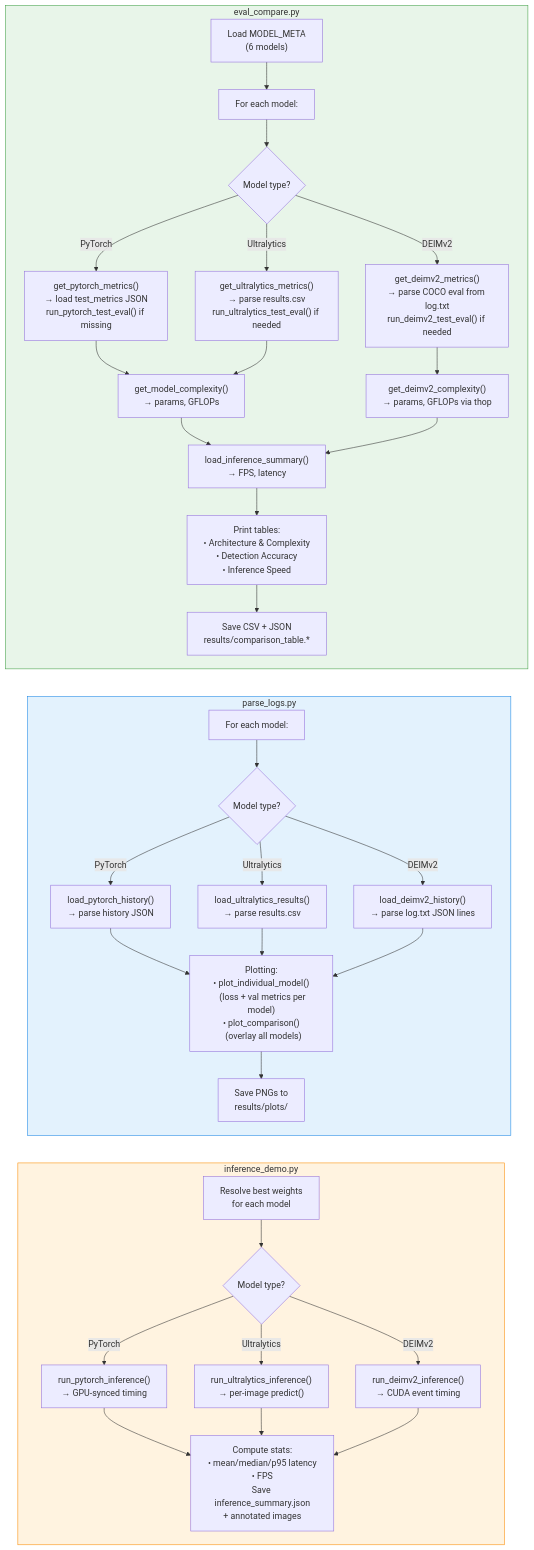
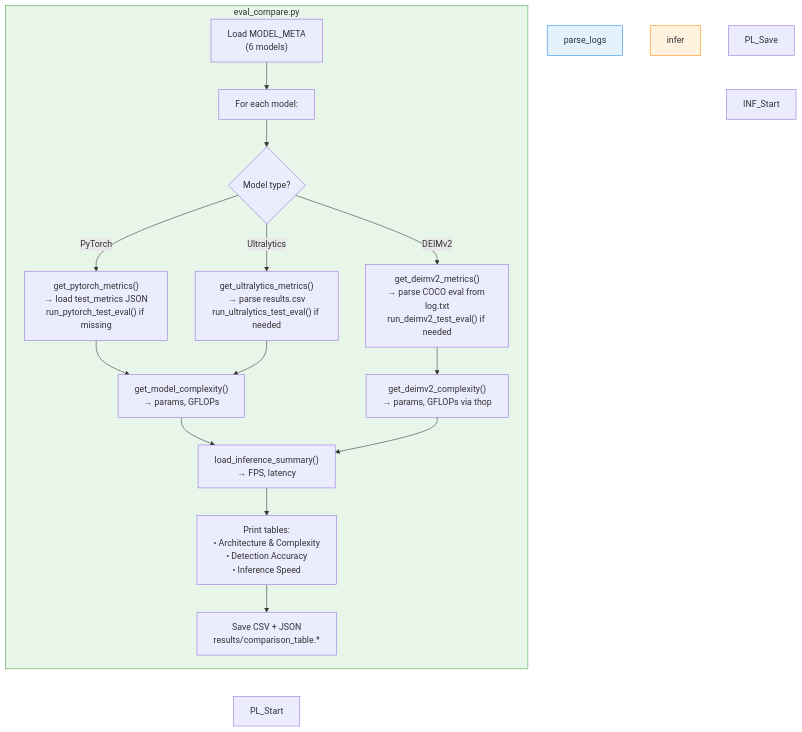
The third of 3 diagrams in README.md (ryanlai666/PCB-Defect-CV-Benchmark), drawn with Mermaid before and after one commit. The commit also changed 1 other file, not shown here.

Commit message:
upate README and REPORT

````diff
--- a/README.md
+++ b/README.md
@@ -211,48 +211,25 @@
 ```mermaid
 flowchart TD
     subgraph eval_compare ["eval_compare.py"]
         EC_Start["Load MODEL_META<br/>(6 models)"] --> EC_Loop["For each model:"]
         EC_Loop --> EC_Metrics{"Model type?"}
         EC_Metrics -->|PyTorch| EC_PT["get_pytorch_metrics()<br/>→ load test_metrics JSON<br/>run_pytorch_test_eval() if missing"]
         EC_Metrics -->|Ultralytics| EC_UL["get_ultralytics_metrics()<br/>→ parse results.csv<br/>run_ultralytics_test_eval() if needed"]
         EC_Metrics -->|DEIMv2| EC_DM["get_deimv2_metrics()<br/>→ parse COCO eval from log.txt<br/>run_deimv2_test_eval() if needed"]
         EC_PT --> EC_Complexity["get_model_complexity()<br/>→ params, GFLOPs"]
         EC_UL --> EC_Complexity
         EC_DM --> EC_ComplexDEIM["get_deimv2_complexity()<br/>→ params, GFLOPs via thop"]
         EC_Complexity --> EC_Speed["load_inference_summary()<br/>→ FPS, latency"]
         EC_ComplexDEIM --> EC_Speed
         EC_Speed --> EC_Tables["Print tables:<br/>• Architecture & Complexity<br/>• Detection Accuracy<br/>• Inference Speed"]
         EC_Tables --> EC_Save["Save CSV + JSON<br/>results/comparison_table.*"]
     end
 
-    subgraph parse_logs ["parse_logs.py"]
-        PL_Start["For each model:"] --> PL_Load{"Model type?"}
-        PL_Load -->|PyTorch| PL_PT["load_pytorch_history()<br/>→ parse history JSON"]
-        PL_Load -->|Ultralytics| PL_UL["load_ultralytics_results()<br/>→ parse results.csv"]
-        PL_Load -->|DEIMv2| PL_DM["load_deimv2_history()<br/>→ parse log.txt JSON lines"]
-        PL_PT --> PL_Plot
-        PL_UL --> PL_Plot
-        PL_DM --> PL_Plot
-        PL_Plot["Plotting:<br/>• plot_individual_model()<br/>  (loss + val metrics per model)<br/>• plot_comparison()<br/>  (overlay all models)"]
-        PL_Plot --> PL_Save["Save PNGs to<br/>results/plots/"]
-    end
-
-    subgraph infer ["inference_demo.py"]
-        INF_Start["Resolve best weights<br/>for each model"] --> INF_Run{"Model type?"}
-        INF_Run -->|PyTorch| INF_PT["run_pytorch_inference()<br/>→ GPU-synced timing"]
-        INF_Run -->|Ultralytics| INF_UL["run_ultralytics_inference()<br/>→ per-image predict()"]
-        INF_Run -->|DEIMv2| INF_DM["run_deimv2_inference()<br/>→ CUDA event timing"]
-        INF_PT --> INF_Summary
-        INF_UL --> INF_Summary
-        INF_DM --> INF_Summary
-        INF_Summary["Compute stats:<br/>• mean/median/p95 latency<br/>• FPS<br/>Save inference_summary.json<br/>+ annotated images"]
-    end
-
     %% Invisible links to force vertical stacking of subgraphs
     EC_Save ~~~ PL_Start
     PL_Save ~~~ INF_Start
 
     style eval_compare fill:#e8f5e9,stroke:#43a047
     style parse_logs fill:#e3f2fd,stroke:#1e88e5
     style infer fill:#fff3e0,stroke:#fb8c00
 ```
````
